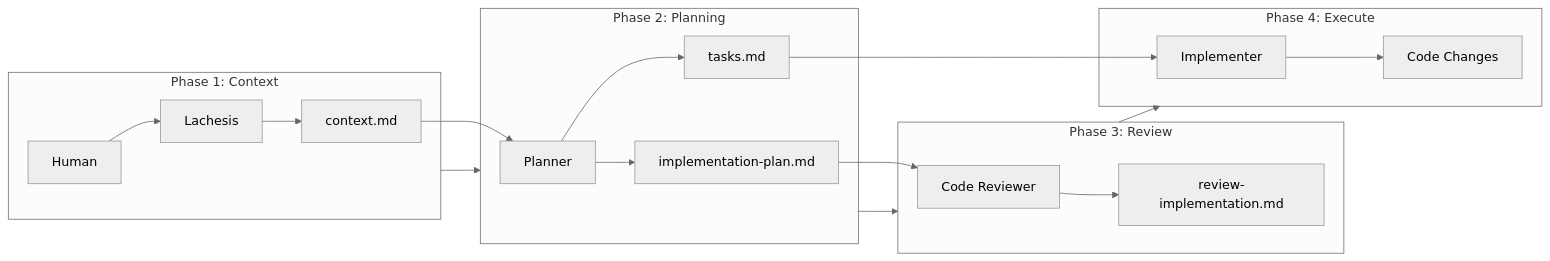
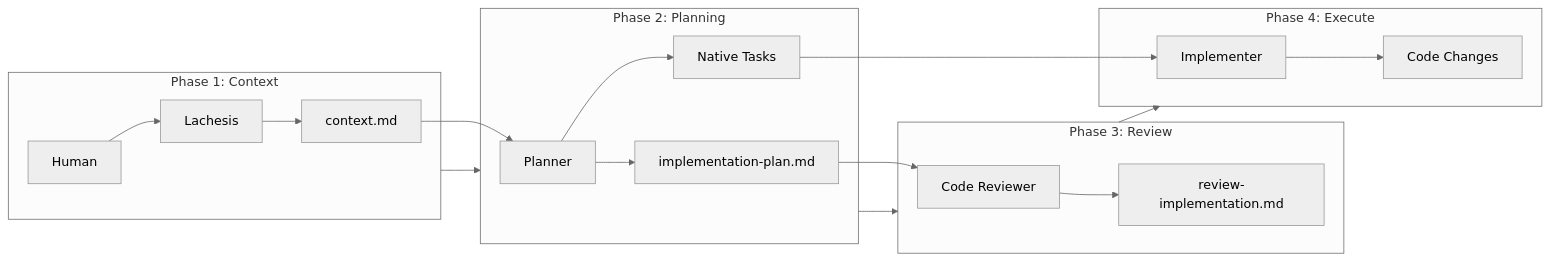
The first of 7 diagrams in loom/WORKFLOW.md (beingfrankly/loom), drawn with Mermaid (neutral theme) before and after one commit. The commit also changed other lines of this file and 27 other files, not shown here.

````diff
--- a/loom/WORKFLOW.md
+++ b/loom/WORKFLOW.md
@@ -9,25 +9,25 @@
 ```mermaid
 flowchart LR
     subgraph Phase1[" Phase 1: Context "]
         H[Human] --> L[Lachesis]
         L --> CTX[context.md]
     end
 
     subgraph Phase2[" Phase 2: Planning "]
         CTX --> P[Planner]
         P --> PLAN[implementation-plan.md]
-        P --> TASKS[tasks.md]
+        P --> TASKS[Native Tasks]
     end
 
     subgraph Phase3[" Phase 3: Review "]
         PLAN --> CR[Code Reviewer]
         CR --> REV[review-implementation.md]
     end
 
     subgraph Phase4[" Phase 4: Execute "]
         TASKS --> I[Implementer]
         I --> CODE[Code Changes]
     end
 
     Phase1 --> Phase2 --> Phase3 --> Phase4
 ```
````
